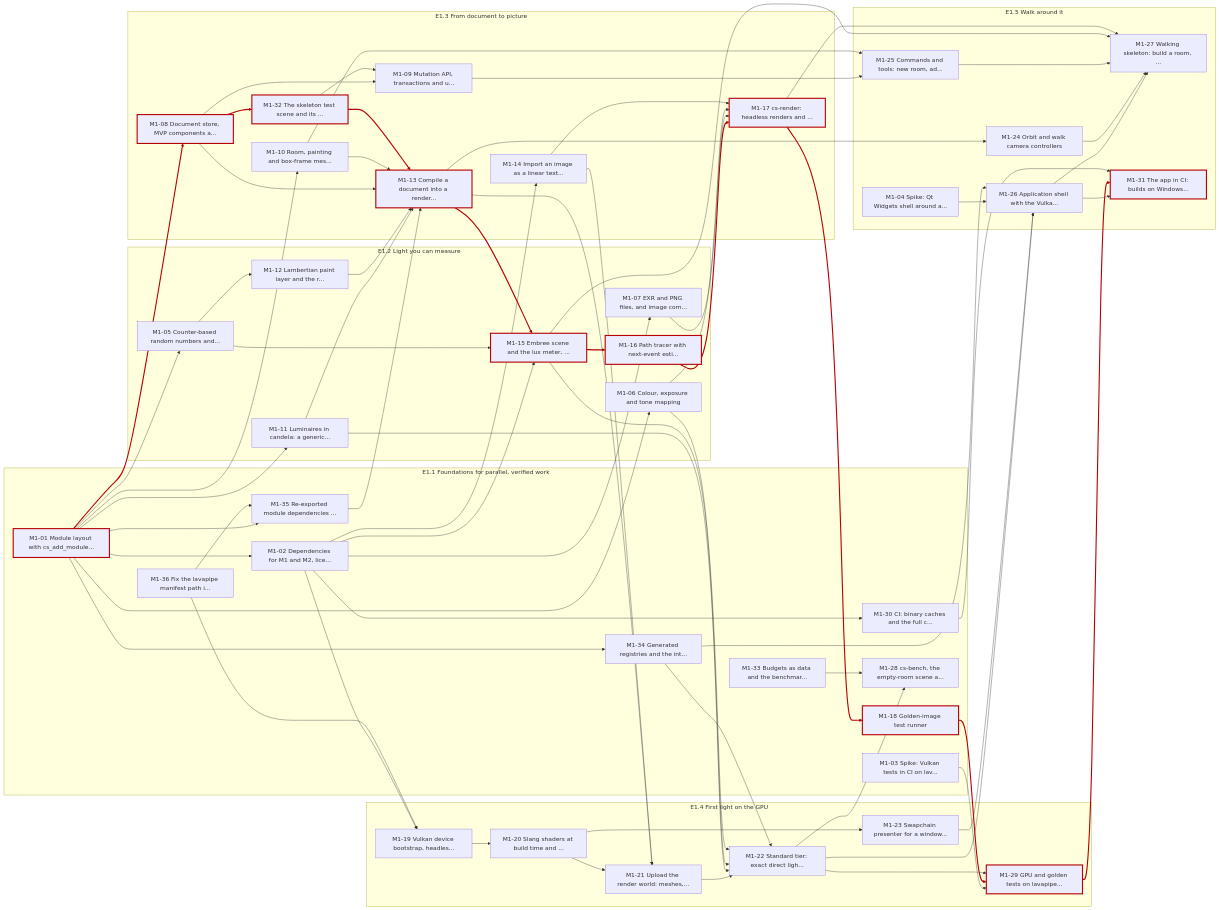
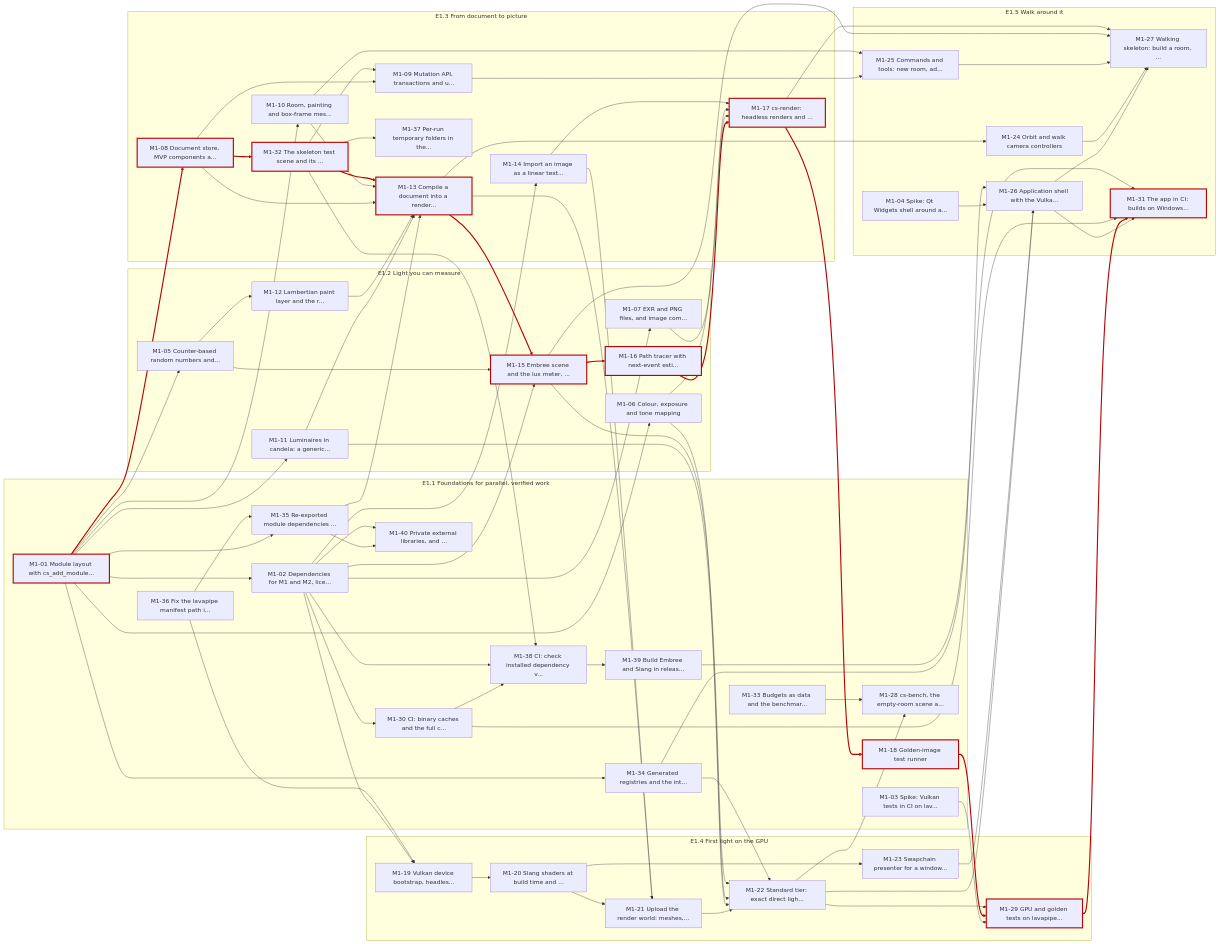
One commit to groundbeeflover/curation_sandbox changed the second of 3 diagrams in docs/roadmap.md. Above: the diagram before and after it, drawn with Mermaid. The commit also changed other lines of this file and 3 other files, not shown here.

````diff
--- a/docs/roadmap.md
+++ b/docs/roadmap.md
@@ -207,6 +211,9 @@
     M1_34["M1-34 Generated registries and the int..."]
     M1_35["M1-35 Re-exported module dependencies ..."]
     M1_36["M1-36 Fix the lavapipe manifest path i..."]
+    M1_38["M1-38 CI: check installed dependency v..."]
+    M1_39["M1-39 Build Embree and Slang in releas..."]
+    M1_40["M1-40 Private external libraries, and ..."]
   end
   subgraph E1_2["E1.2 Light you can measure"]
     M1_05["M1-05 Counter-based random numbers and..."]
@@ -225,6 +232,7 @@
     M1_14["M1-14 Import an image as a linear text..."]
     M1_17["M1-17 cs-render: headless renders and ..."]
     M1_32["M1-32 The skeleton test scene and its ..."]
+    M1_37["M1-37 Per-run temporary folders in the..."]
   end
   subgraph E1_4["E1.4 First light on the GPU"]
     M1_19["M1-19 Vulkan device bootstrap, headles..."]
@@ -301,11 +309,19 @@
   M1_26 --> M1_31
   M1_29 --> M1_31
   M1_30 --> M1_31
+  M1_39 --> M1_31
   M1_08 --> M1_32
   M1_01 --> M1_34
   M1_01 --> M1_35
   M1_36 --> M1_35
+  M1_32 --> M1_37
+  M1_30 --> M1_38
+  M1_32 --> M1_38
+  M1_02 --> M1_38
+  M1_38 --> M1_39
+  M1_35 --> M1_40
+  M1_02 --> M1_40
   classDef crit stroke:#b60205,stroke-width:3px
   class M1_01,M1_08,M1_32,M1_13,M1_15,M1_16,M1_17,M1_18,M1_29,M1_31 crit
-  linkStyle 4,14,17,20,21,25,53,57,59 stroke:#b60205,stroke-width:3px
+  linkStyle 4,14,17,20,21,25,53,57,60 stroke:#b60205,stroke-width:3px
 ```
````
